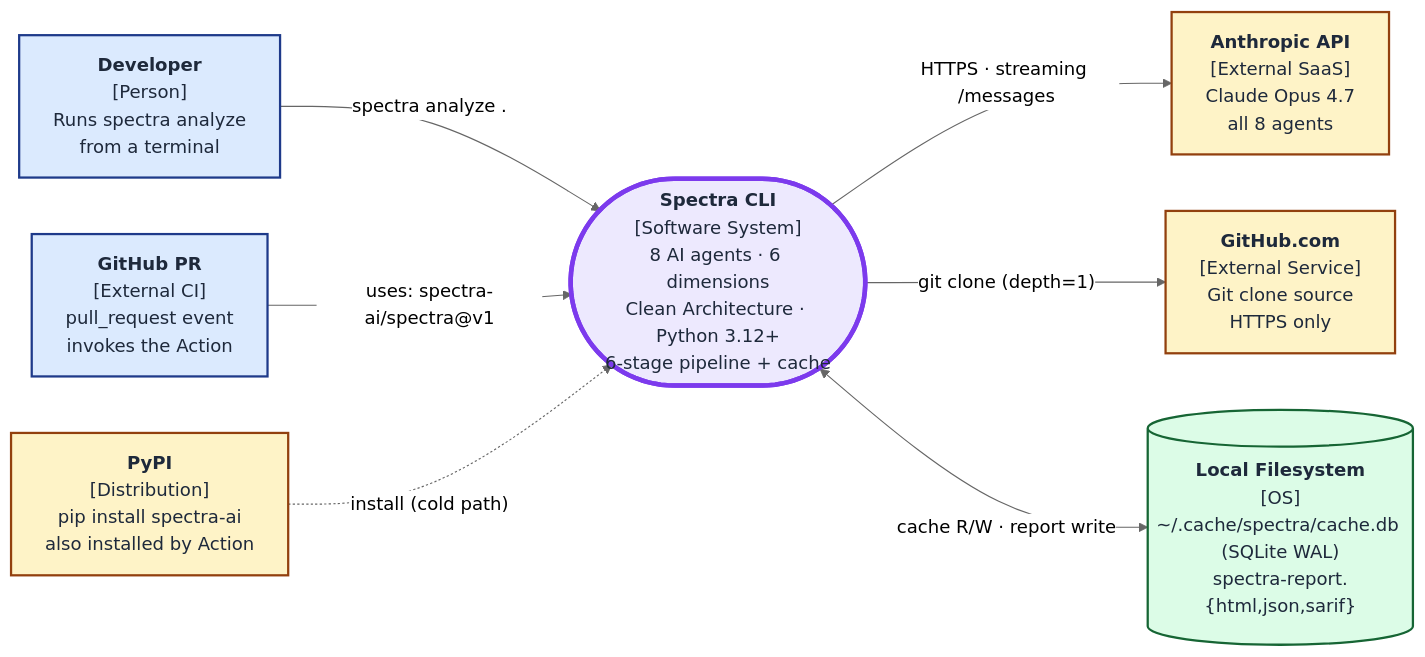
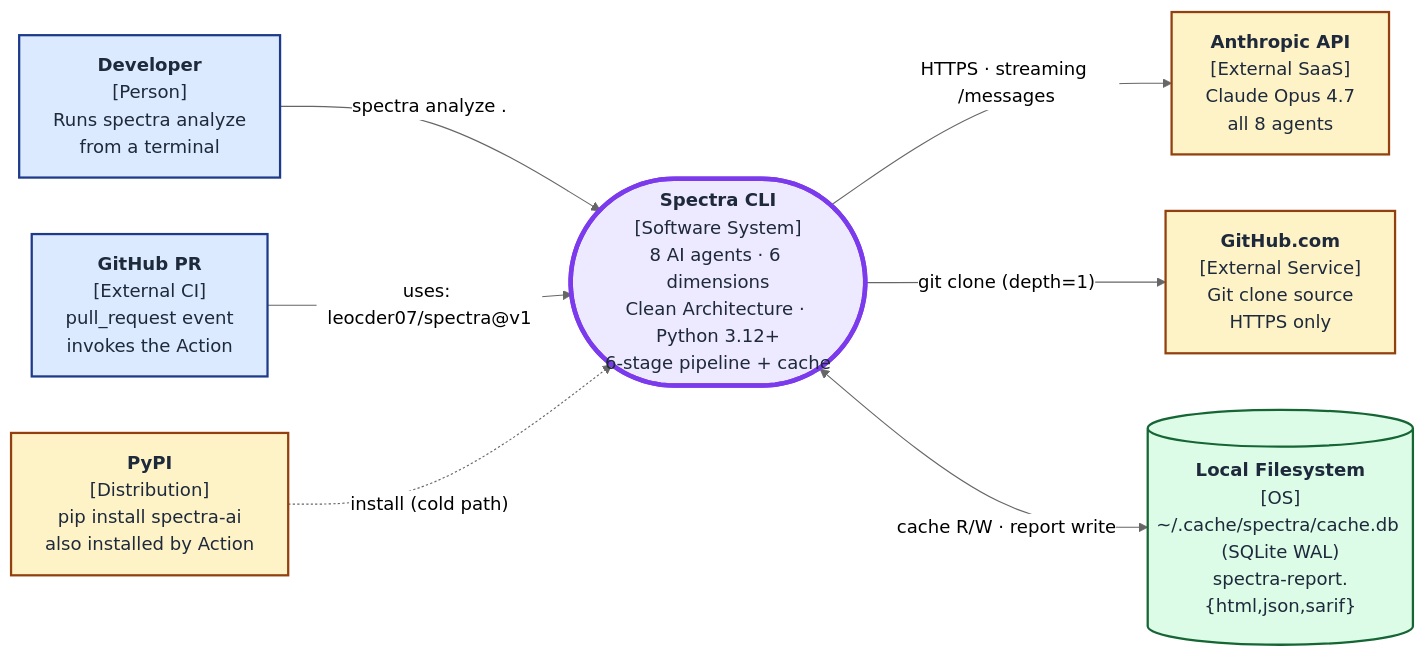
The third of 4 diagrams in README.md (leocder07/spectra), drawn with Mermaid (neutral theme) before and after one commit. The commit also changed other lines of this file and 61 other files, not shown here.

````diff
--- a/README.md
+++ b/README.md
@@ -348,25 +347,25 @@
 ```mermaid
 flowchart LR
     classDef person      fill:#dbeafe,stroke:#1e3a8a,stroke-width:2px,color:#1e293b
     classDef system      fill:#ede9fe,stroke:#7C3AED,stroke-width:4px,color:#1e293b
     classDef external    fill:#fef3c7,stroke:#92400e,stroke-width:2px,color:#1e293b
     classDef storage     fill:#dcfce7,stroke:#166534,stroke-width:2px,color:#1e293b
     classDef distribution fill:#fef3c7,stroke:#92400e,stroke-width:2px,color:#1e293b
 
     Dev["<b>Developer</b><br/>[Person]<br/>Runs spectra analyze<br/>from a terminal"]:::person
     PR["<b>GitHub PR</b><br/>[External CI]<br/>pull_request event<br/>invokes the Action"]:::person
 
     Spectra(["<b>Spectra CLI</b><br/>[Software System]<br/>8 AI agents · 6 dimensions<br/>Clean Architecture · Python 3.12+<br/>6-stage pipeline + cache"]):::system
 
     Anthropic["<b>Anthropic API</b><br/>[External SaaS]<br/>Claude Opus 4.7<br/>all 8 agents"]:::external
     GitHub["<b>GitHub.com</b><br/>[External Service]<br/>Git clone source<br/>HTTPS only"]:::external
     PyPI["<b>PyPI</b><br/>[Distribution]<br/>pip install spectra-ai<br/>also installed by Action"]:::distribution
     FS[("<b>Local Filesystem</b><br/>[OS]<br/>~/.cache/spectra/cache.db (SQLite WAL)<br/>spectra-report.{html,json,sarif}")]:::storage
 
     Dev      -- "spectra analyze ."          --> Spectra
-    PR       -- "uses: spectra-ai/spectra@v1" --> Spectra
+    PR       -- "uses: leocder07/spectra@v1" --> Spectra
     Spectra  -- "HTTPS · streaming /messages" --> Anthropic
     Spectra  -- "git clone (depth=1)"        --> GitHub
     Spectra  <-- "cache R/W · report write"  --> FS
     PyPI     -. "install (cold path)"        .-> Spectra
 ```
````
